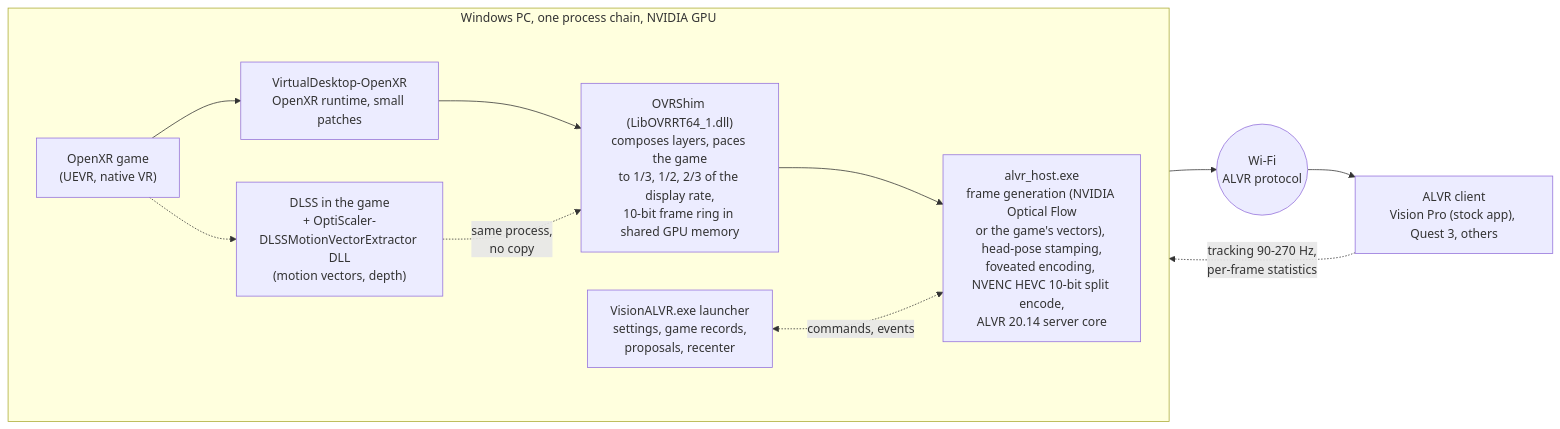
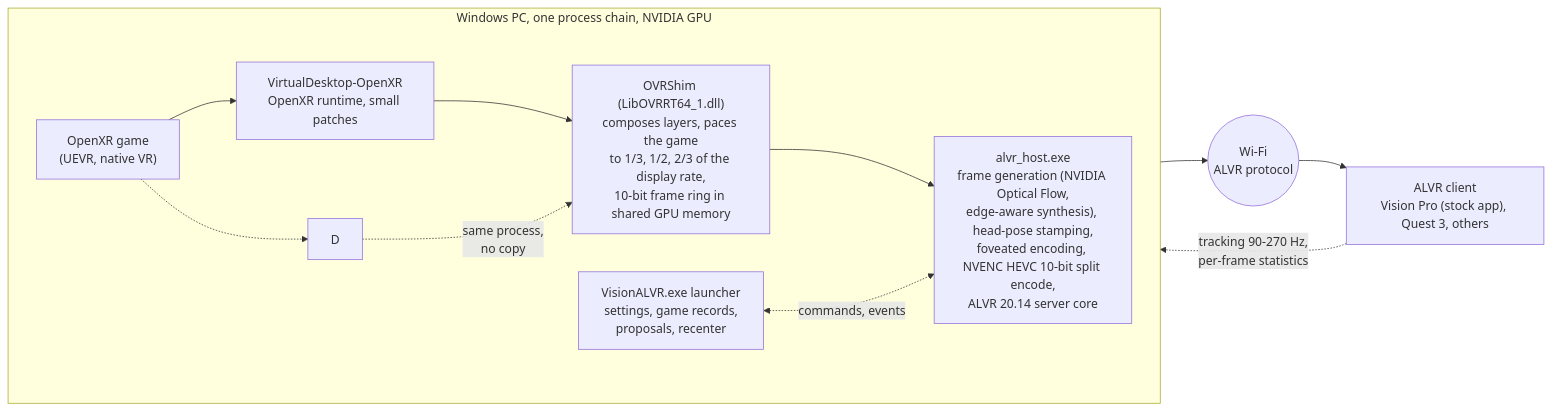
One commit to jfbobier/AirFrameXR changed the diagram in README.md. Above: the diagram before and after it, drawn with Mermaid. The commit also changed other lines of this file and 49 other files, not shown here.

````diff
--- a/README.md
+++ b/README.md
@@ -69,19 +66,18 @@
 ```mermaid
 flowchart LR
     subgraph PC["Windows PC, one process chain, NVIDIA GPU"]
         direction LR
         G["OpenXR game<br/>(UEVR, native VR)"]
-        D["DLSS in the game<br/>+ OptiScaler-DLSSMotionVectorExtractor DLL<br/>(motion vectors, depth)"]
         V["VirtualDesktop-OpenXR<br/>OpenXR runtime, small patches"]
         S["OVRShim (LibOVRRT64_1.dll)<br/>composes layers, paces the game<br/>to 1/3, 1/2, 2/3 of the display rate,<br/>10-bit frame ring in shared GPU memory"]
-        H["alvr_host.exe<br/>frame generation (NVIDIA Optical Flow<br/>or the game's vectors), head-pose stamping,<br/>foveated encoding, NVENC HEVC 10-bit split encode,<br/>ALVR 20.14 server core"]
+        H["alvr_host.exe<br/>frame generation (NVIDIA Optical Flow,<br/>edge-aware synthesis), head-pose stamping,<br/>foveated encoding, NVENC HEVC 10-bit split encode,<br/>ALVR 20.14 server core"]
         L["VisionALVR.exe launcher<br/>settings, game records,<br/>proposals, recenter"]
         G --> V --> S --> H
         G -.-> D -.->|same process,<br/>no copy| S
         L <-.->|commands, events| H
     end
     W(("Wi-Fi<br/>ALVR protocol"))
     C["ALVR client<br/>Vision Pro (stock app), Quest 3, others"]
     H --> W --> C
     C -.->|tracking 90-270 Hz,<br/>per-frame statistics| H
 ```
````
